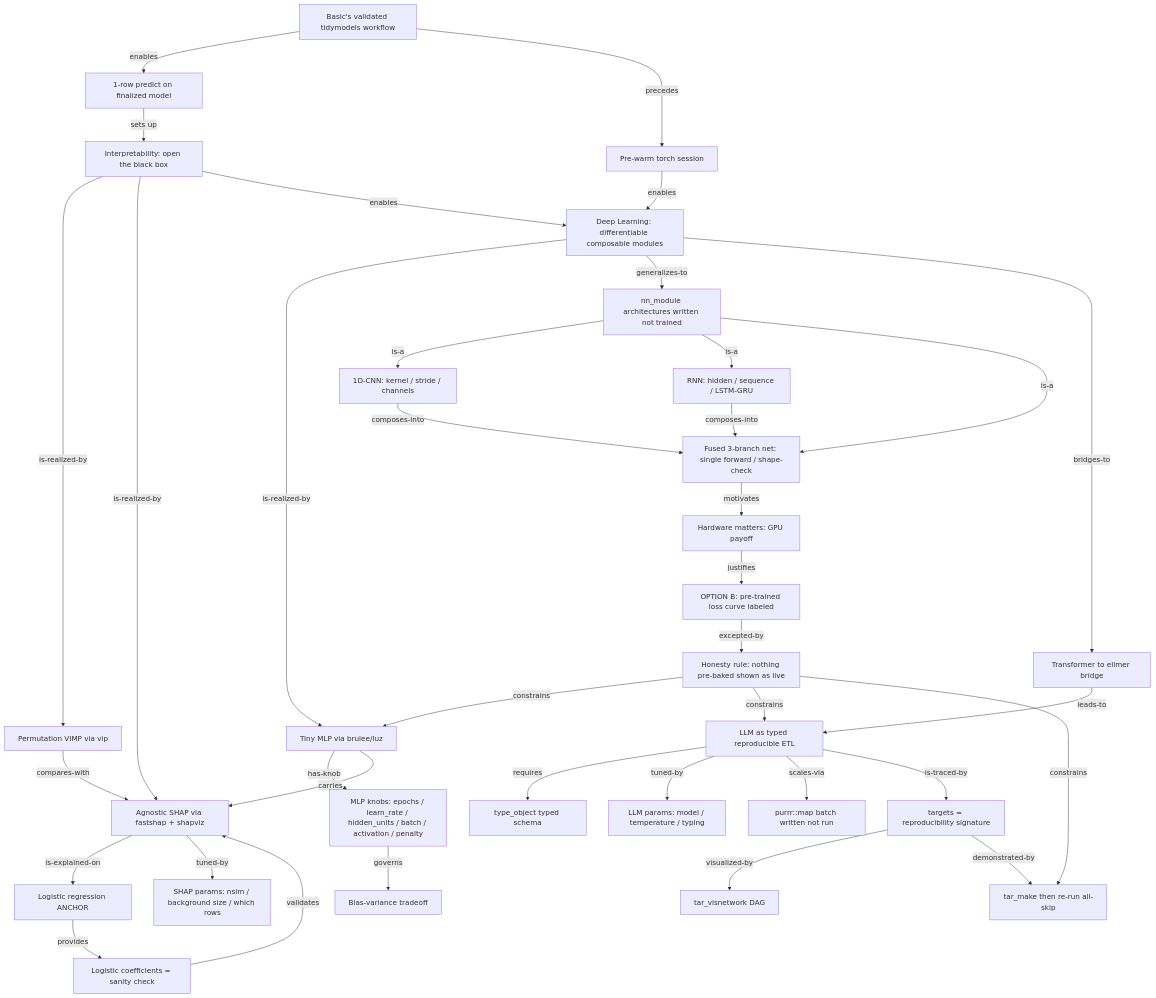
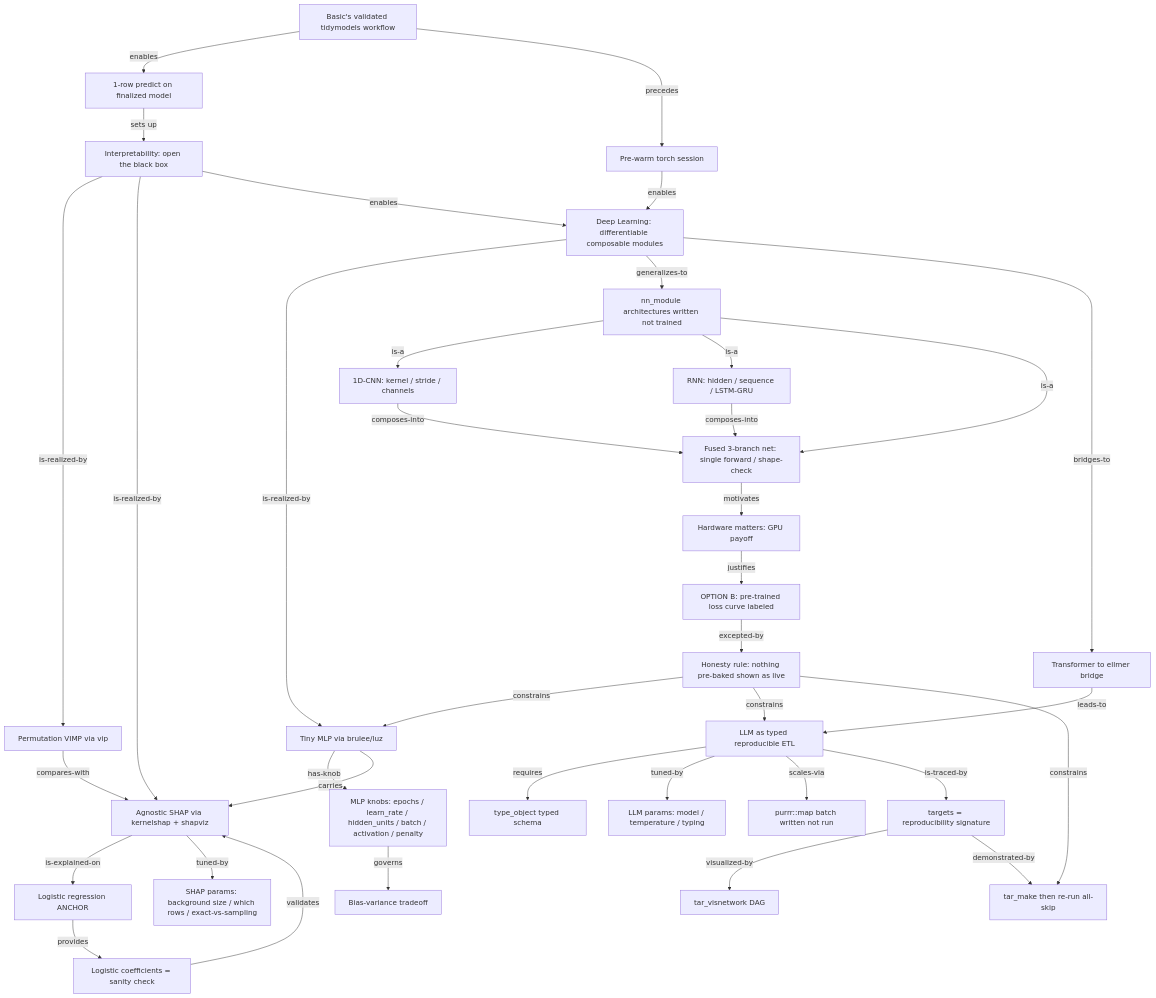
One commit to CorradoLanera/mlt-overview changed the second of 2 diagrams in docs/superpowers/specs/2026-05-30-mlt-r-workshops-design.md. Above: the diagram before and after it, drawn with Mermaid. The commit also changed other lines of this file, not shown here.

First line of the commit message:
Spec: SHAP backend fastshap -> kernelshap (archived from CRAN)

````diff
--- a/docs/superpowers/specs/2026-05-30-mlt-r-workshops-design.md
+++ b/docs/superpowers/specs/2026-05-30-mlt-r-workshops-design.md
@@ -311,73 +323,73 @@
 ```mermaid
 flowchart TD
   BASIC[Basic's validated tidymodels workflow]
   PRED[1-row predict on finalized model]
   WARM[Pre-warm torch session]
 
   INTERP[Interpretability: open the black box]
   VIMP[Permutation VIMP via vip]
-  SHAP[Agnostic SHAP via fastshap + shapviz]
+  SHAP[Agnostic SHAP via kernelshap + shapviz]
   ANCHOR[Logistic regression ANCHOR]
   COEF[Logistic coefficients = sanity check]
-  PARAMS_I[SHAP params: nsim / background size / which rows]
+  PARAMS_I[SHAP params: background size / which rows / exact-vs-sampling]
 
   DL[Deep Learning: differentiable composable modules]
   MLP[Tiny MLP via brulee/luz]
   PARAMS_DL[MLP knobs: epochs / learn_rate / hidden_units / batch / activation / penalty]
   BV[Bias-variance tradeoff]
   NNMOD[nn_module architectures written not trained]
   CNN[1D-CNN: kernel / stride / channels]
   RNN[RNN: hidden / sequence / LSTM-GRU]
   FUSED[Fused 3-branch net: single forward / shape-check]
   GPU[Hardware matters: GPU payoff]
   OPTB[OPTION B: pre-trained loss curve labeled]
 
   TRANS[Transformer to ellmer bridge]
   ELLMER[LLM as typed reproducible ETL]
   SCHEMA[type_object typed schema]
   LLMPAR[LLM params: model / temperature / typing]
   BATCH[purrr::map batch written not run]
 
   TARGETS[targets = reproducibility signature]
   DAG[tar_visnetwork DAG]
   SKIP[tar_make then re-run all-skip]
 
   HONESTY[Honesty rule: nothing pre-baked shown as live]
 
   BASIC -->|enables| PRED
   PRED -->|sets up| INTERP
   BASIC -->|precedes| WARM
   WARM -->|enables| DL
   INTERP -->|is-realized-by| VIMP
   INTERP -->|is-realized-by| SHAP
   SHAP -->|is-explained-on| ANCHOR
   ANCHOR -->|provides| COEF
   COEF -->|validates| SHAP
   SHAP -->|tuned-by| PARAMS_I
   VIMP -->|compares-with| SHAP
   INTERP -->|enables| DL
   DL -->|is-realized-by| MLP
   MLP -->|has-knob| PARAMS_DL
   PARAMS_DL -->|governs| BV
   MLP -->|carries| SHAP
   DL -->|generalizes-to| NNMOD
   NNMOD -->|is-a| CNN
   NNMOD -->|is-a| RNN
   NNMOD -->|is-a| FUSED
   CNN -->|composes-into| FUSED
   RNN -->|composes-into| FUSED
   FUSED -->|motivates| GPU
   GPU -->|justifies| OPTB
   OPTB -->|excepted-by| HONESTY
   DL -->|bridges-to| TRANS
   TRANS -->|leads-to| ELLMER
   ELLMER -->|requires| SCHEMA
   ELLMER -->|tuned-by| LLMPAR
   ELLMER -->|scales-via| BATCH
   ELLMER -->|is-traced-by| TARGETS
   TARGETS -->|visualized-by| DAG
   TARGETS -->|demonstrated-by| SKIP
   HONESTY -->|constrains| MLP
   HONESTY -->|constrains| ELLMER
   HONESTY -->|constrains| SKIP
 ```
````
